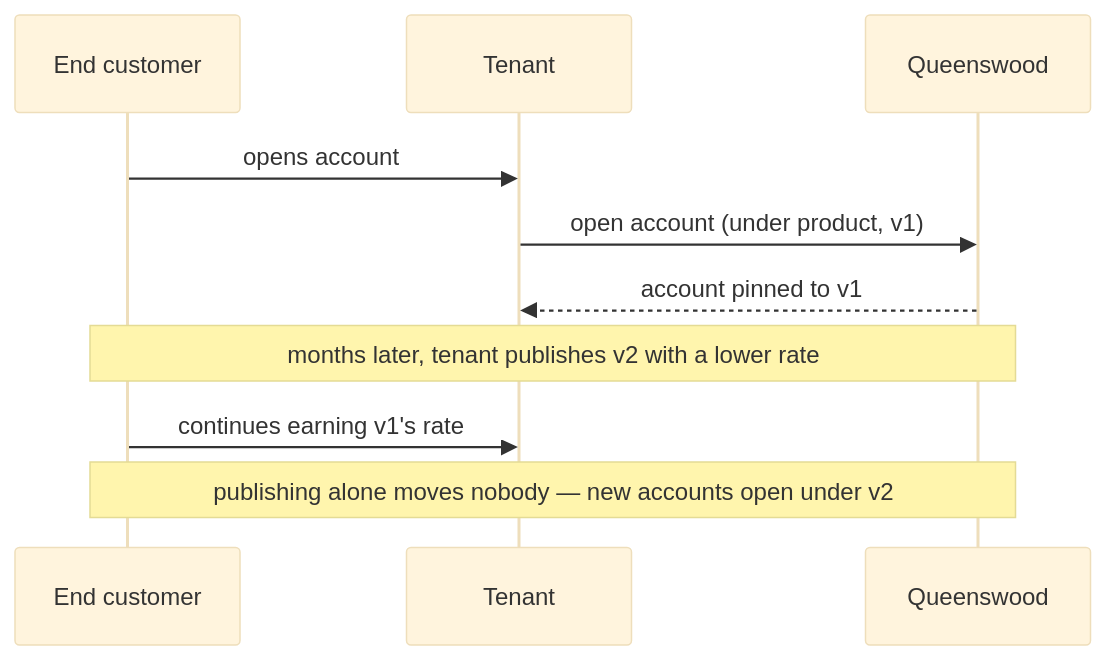
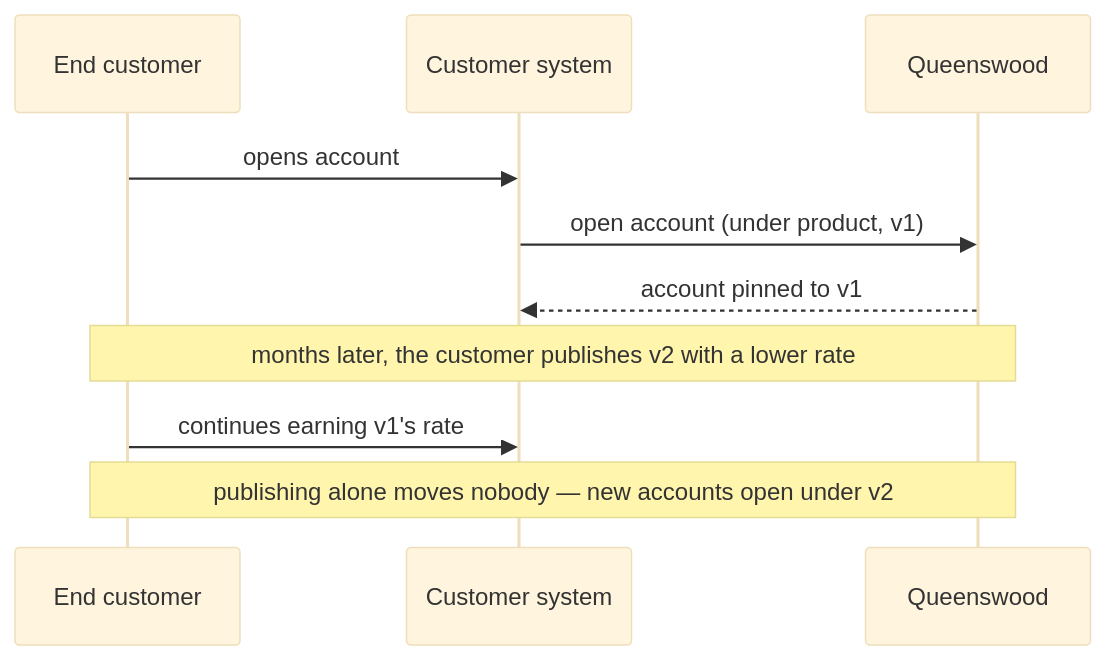
Before and after one commit to repldriven/queenswood: the fourth of 4 diagrams in docs/prd/cash-account-products.md, drawn with Mermaid (base theme). The commit also changed other lines of this file and 32 other files, not shown here.

````diff
--- a/docs/prd/cash-account-products.md
+++ b/docs/prd/cash-account-products.md
@@ -273,13 +273,13 @@
 ```mermaid
 sequenceDiagram
     participant E as End customer
-    participant T as Tenant
+    participant T as Customer system
     participant Q as Queenswood
 
     E->>T: opens account
     T->>Q: open account (under product, v1)
     Q-->>T: account pinned to v1
-    Note over E,Q: months later, tenant publishes v2 with a lower rate
+    Note over E,Q: months later, the customer publishes v2 with a lower rate
     E->>T: continues earning v1's rate
     Note over E,Q: publishing alone moves nobody — new accounts open under v2
 ```
````
